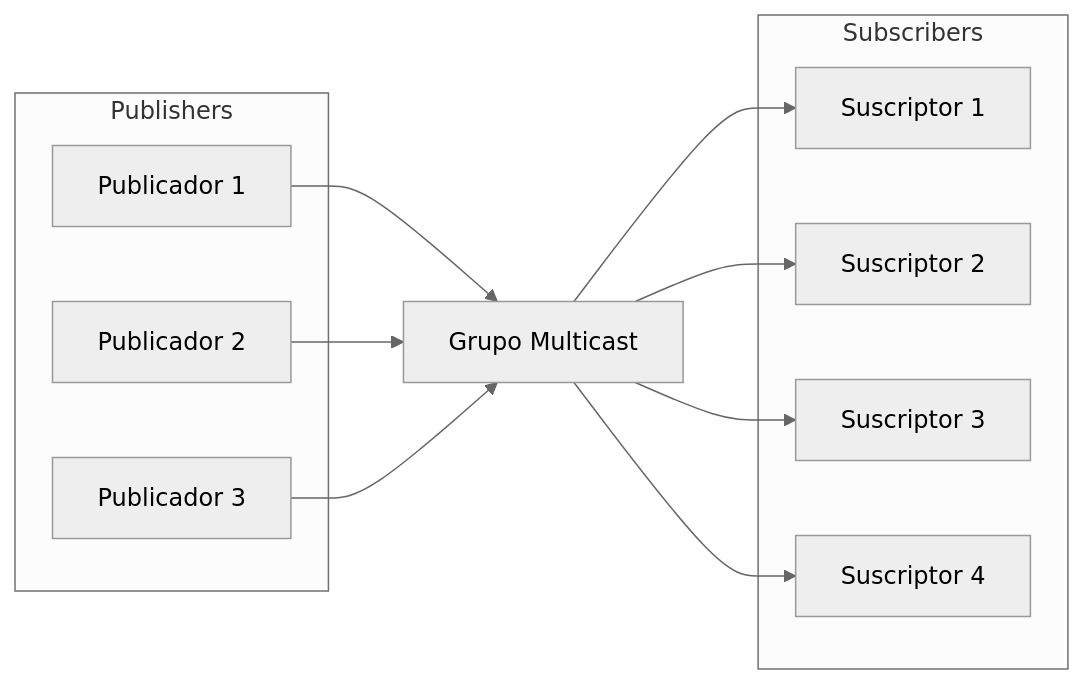
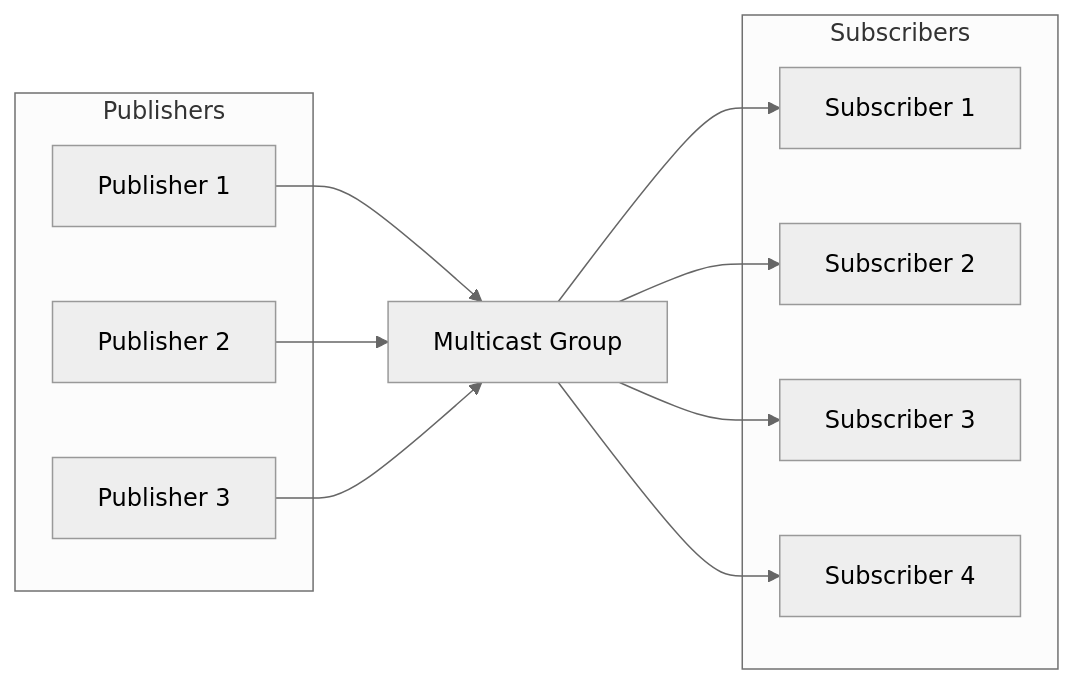
The diagram in docs/multicast-admin.es.md (malbeclabs/docs), drawn with Mermaid (neutral theme) before and after one commit. The commit also changed other lines of this file and 160 other files, not shown here.

````diff
--- a/docs/multicast-admin.es.md
+++ b/docs/multicast-admin.es.md
@@ -12,21 +9,21 @@
 ```mermaid
 flowchart LR
     subgraph Publishers
-        P1[Publicador 1]
-        P2[Publicador 2]
-        P3[Publicador 3]
+        P1[Publisher 1]
+        P2[Publisher 2]
+        P3[Publisher 3]
     end
     subgraph Subscribers
-        S1[Suscriptor 1]
-        S2[Suscriptor 2]
-        S3[Suscriptor 3]
-        S4[Suscriptor 4]
+        S1[Subscriber 1]
+        S2[Subscriber 2]
+        S3[Subscriber 3]
+        S4[Subscriber 4]
     end
-    P1 --> B[Grupo Multicast]
+    P1 --> B[Multicast Group]
     P2 --> B
     P3 --> B
     B --> S1
     B --> S2
     B --> S3
     B --> S4
 ```
````
